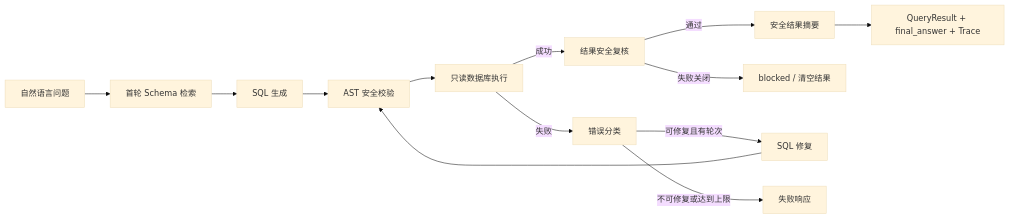
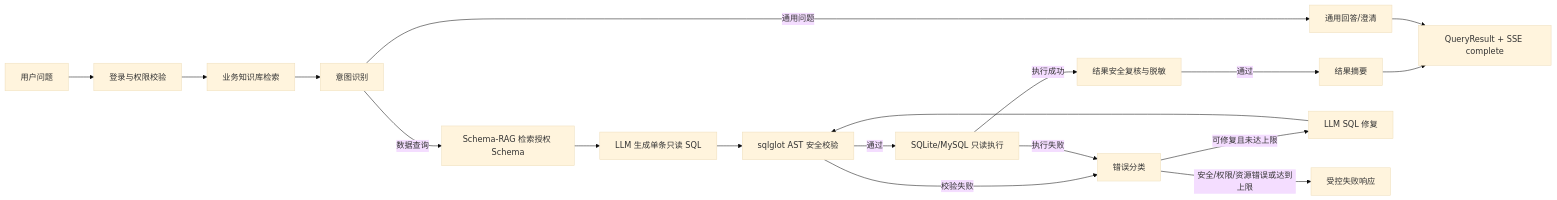
Before and after one commit to ls-5s/Chain-NL2SQL: the diagram in README.md, drawn with Mermaid (base theme). The commit also changed other lines of this file and 5 other files, not shown here.

````diff
--- a/README.md
+++ b/README.md
@@ -198,15 +19,20 @@
 ```mermaid
 flowchart LR
-    Q[自然语言问题] --> S[首轮 Schema 检索]
-    S --> G[SQL 生成]
-    G --> V[AST 安全校验]
-    V --> E[只读数据库执行]
-    E -->|成功| RG[结果安全复核]
-    RG -->|通过| RS[安全结果摘要]
-    RG -->|失败关闭| B[blocked / 清空结果]
-    RS --> R[QueryResult + final_answer + Trace]
-    E -->|失败| C[错误分类]
-    C -->|可修复且有轮次| F[SQL 修复]
+    Q[用户问题] --> A[登录与权限校验]
+    A --> K[业务知识库检索]
+    K --> I[意图识别]
+    I -->|通用问题| GA[通用回答/澄清]
+    I -->|数据查询| S[Schema-RAG 检索授权 Schema]
+    S --> G[LLM 生成单条只读 SQL]
+    G --> V[sqlglot AST 安全校验]
+    V -->|校验失败| C[错误分类]
+    V -->|通过| E[SQLite/MySQL 只读执行]
+    E -->|执行成功| RG[结果安全复核与脱敏]
+    RG -->|通过| R[结果摘要]
+    R --> O[QueryResult + SSE complete]
+    E -->|执行失败| C
+    C -->|可修复且未达上限| F[LLM SQL 修复]
     F --> V
-    C -->|不可修复或达到上限| X[失败响应]
+    C -->|安全/权限/资源错误或达到上限| X[受控失败响应]
+    GA --> O
 ```
````
